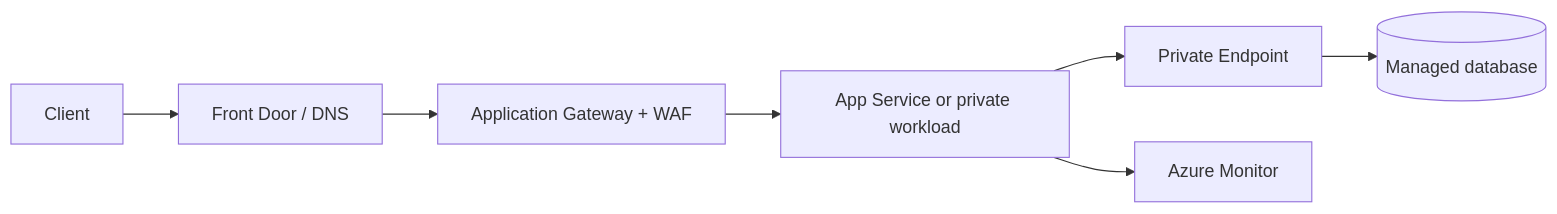
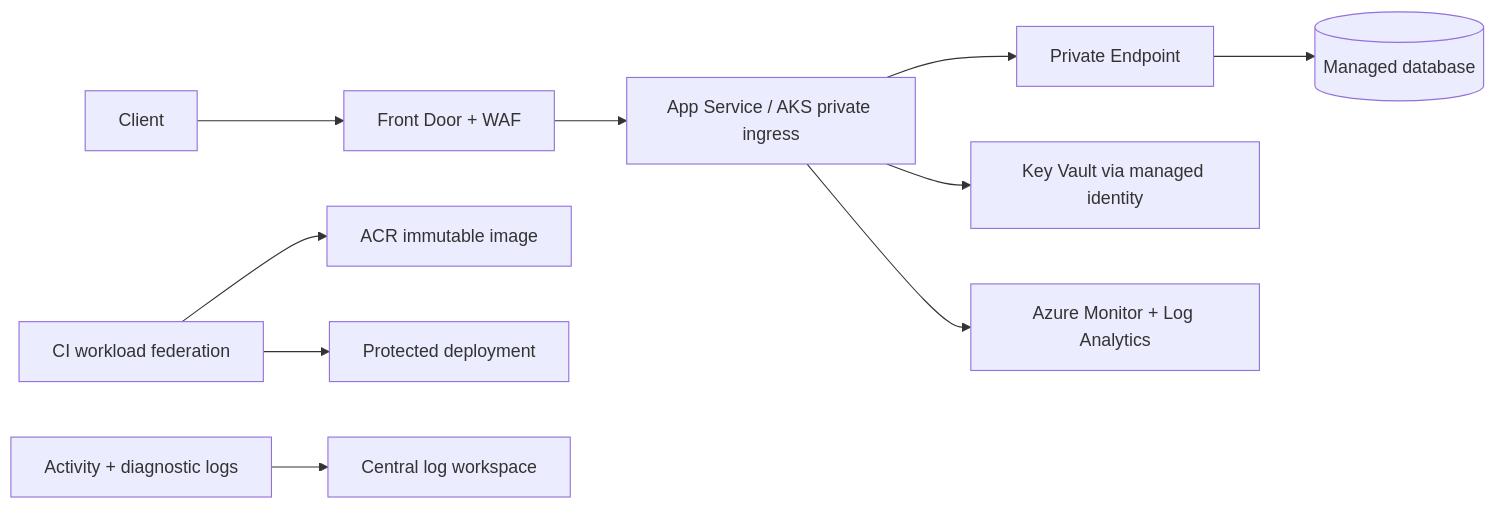
Before and after one commit to Shasi19/DevSecOps: the diagram in notes/azure/README.md, drawn with Mermaid. The commit also changed other lines of this file and 78 other files, not shown here.

````diff
--- a/notes/azure/README.md
+++ b/notes/azure/README.md
@@ -38,9 +16,12 @@
 ```mermaid
 flowchart LR
-  C[Client] --> FD[Front Door / DNS]
-  FD --> WAF[Application Gateway + WAF]
-  WAF --> APP[App Service or private workload]
-  APP --> PE[Private Endpoint]
+  User[Client] --> Edge[Front Door + WAF]
+  Edge --> App[App Service / AKS private ingress]
+  App --> PE[Private Endpoint]
   PE --> DB[(Managed database)]
-  APP --> MON[Azure Monitor]
+  App --> KV[Key Vault via managed identity]
+  App --> Monitor[Azure Monitor + Log Analytics]
+  CI[CI workload federation] --> Registry[ACR immutable image]
+  CI --> Deploy[Protected deployment]
+  Audit[Activity + diagnostic logs] --> Sec[Central log workspace]
 ```
````
